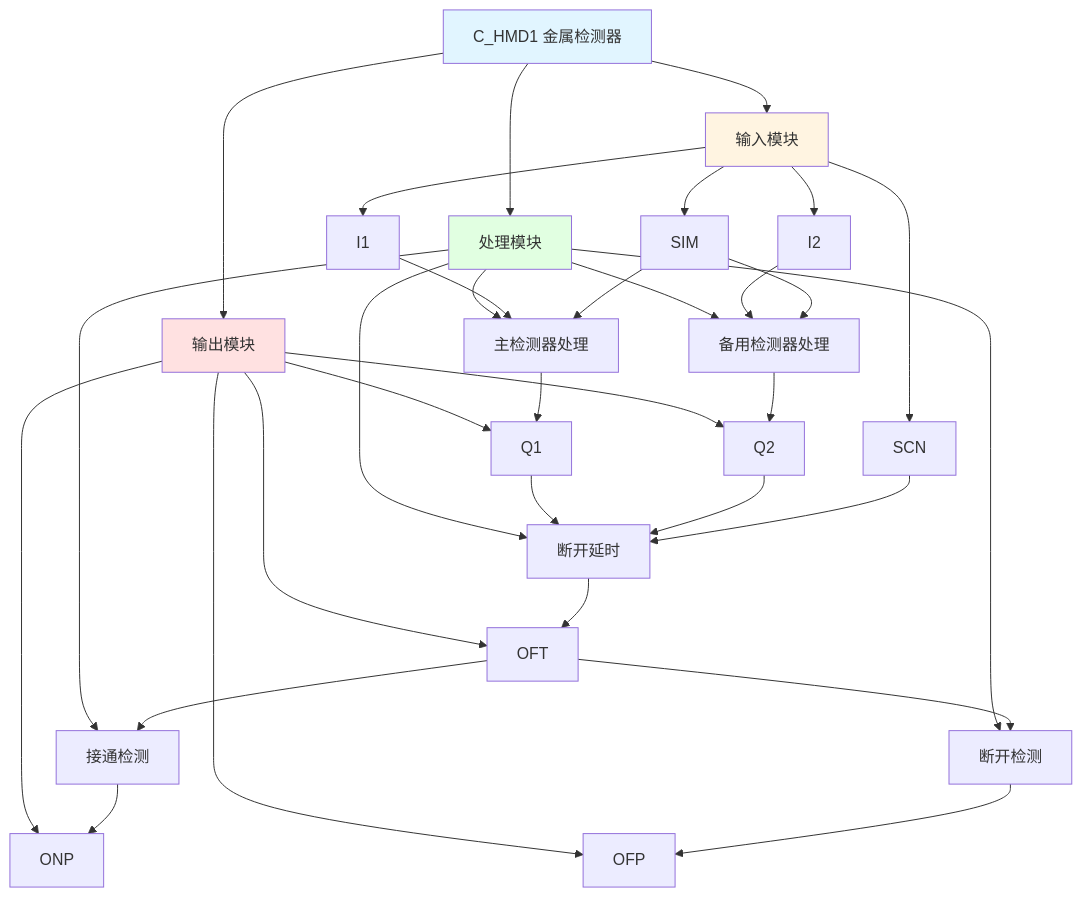
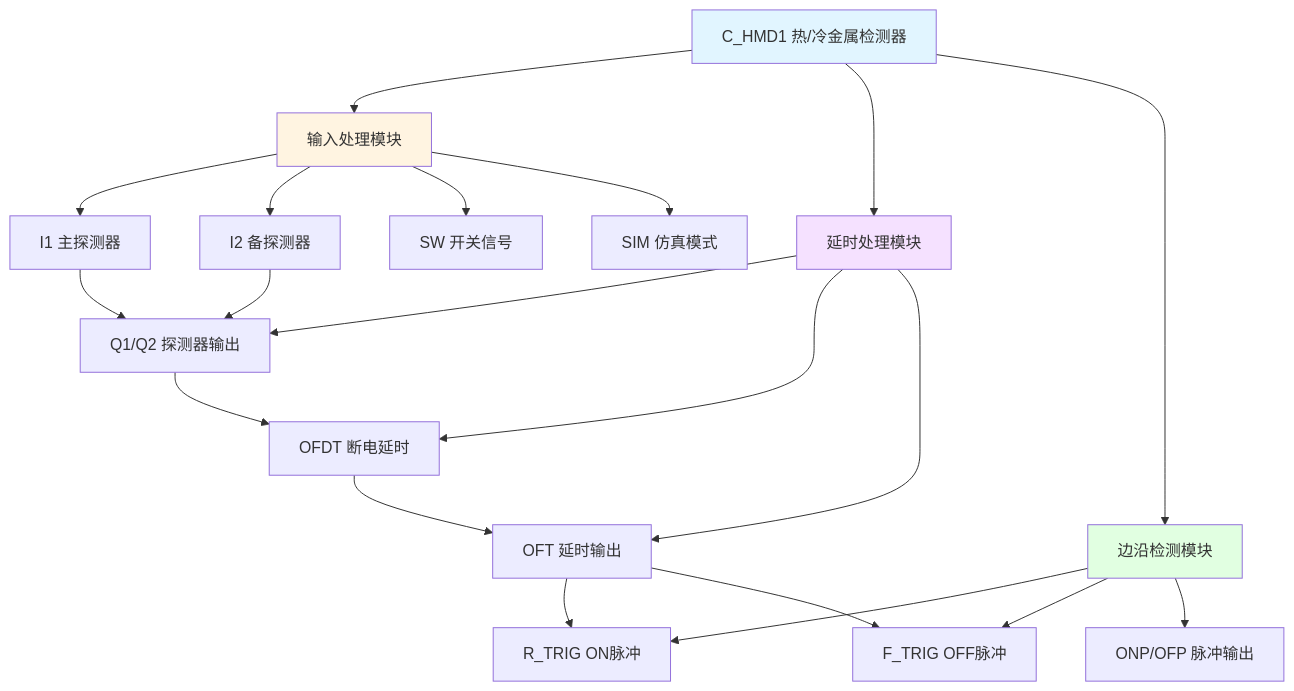
The diagram in C_HMD1_分析报告.md (dlgt6/c), drawn with Mermaid before and after one commit. The commit also changed other lines of this file and 20 other files, not shown here.

````diff
--- a/C_HMD1_分析报告.md
+++ b/C_HMD1_分析报告.md
@@ -19,43 +31,31 @@
 ```mermaid
 graph TD
-    A[C_HMD1 金属检测器] --> B[输入模块]
-    A --> C[处理模块]
-    A --> D[输出模块]
+    A[C_HMD1 热/冷金属检测器] --> B[输入处理模块]
+    A --> C[延时处理模块]
+    A --> D[边沿检测模块]
     
-    B --> B1[I1]
-    B --> B2[I2]
-    B --> B3[SIM]
-    B --> B4[SCN]
+    B --> B1[I1 主探测器]
+    B --> B2[I2 备探测器]
+    B --> B3[SW 开关信号]
+    B --> B4[SIM 仿真模式]
     
-    C --> C1[主检测器处理]
-    C --> C2[备用检测器处理]
-    C --> C3[断开延时]
-    C --> C4[接通检测]
-    C --> C5[断开检测]
+    C --> C1[Q1/Q2 探测器输出]
+    C --> C2[OFDT 断电延时]
+    C --> C3[OFT 延时输出]
     
-    D --> D1[Q1]
-    D --> D2[Q2]
-    D --> D3[ONP]
-    D --> D4[OFP]
-    D --> D5[OFT]
+    D --> D1[R_TRIG ON脉冲]
+    D --> D2[F_TRIG OFF脉冲]
+    D --> D3[ONP/OFP 脉冲输出]
     
     B1 --> C1
-    B2 --> C2
-    B3 --> C1
-    B3 --> C2
-    C1 --> D1
-    C2 --> D2
-    D1 --> C3
-    D2 --> C3
-    C3 --> D5
-    D5 --> C4
-    D5 --> C5
-    C4 --> D3
-    C5 --> D4
-    B4 --> C3
+    B2 --> C1
+    C1 --> C2
+    C2 --> C3
+    C3 --> D1
+    C3 --> D2
     
     style A fill:#e1f5ff
     style B fill:#fff4e1
-    style C fill:#e1ffe1
-    style D fill:#ffe1e1
+    style C fill:#f5e1ff
+    style D fill:#e1ffe1
 ```
````
